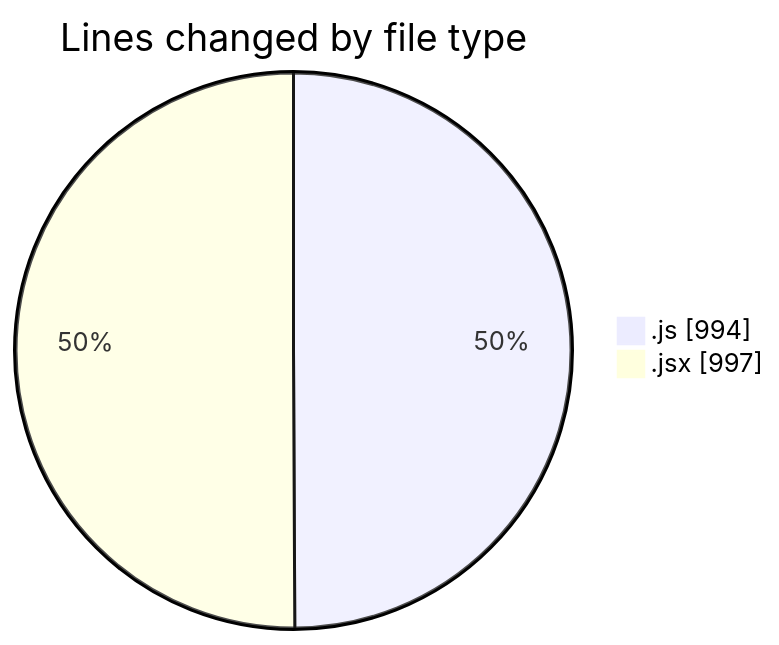
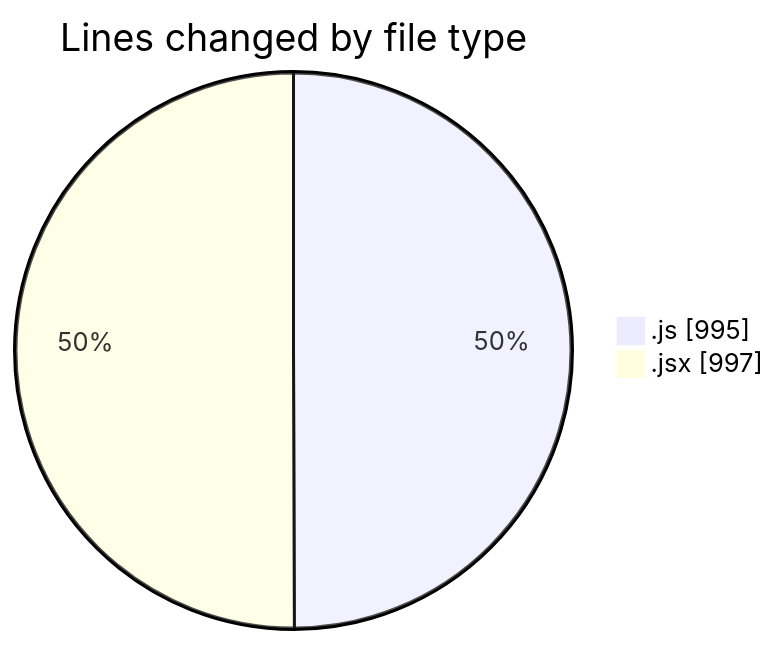
One commit to nxtqubesakshisongat/code-tracking changed the first of 2 diagrams in 2025-04-08/nxtqube_webapp/README.md. Above: the diagram before and after it, drawn with Mermaid. The commit also changed other lines of this file and 1 other file, not shown here.

````diff
--- a/2025-04-08/nxtqube_webapp/README.md
+++ b/2025-04-08/nxtqube_webapp/README.md
@@ -23,6 +23,6 @@
 ```mermaid
 pie showData
 title Lines changed by file type
-".js" : 994
+".js" : 995
 ".jsx" : 997
 ```
````
